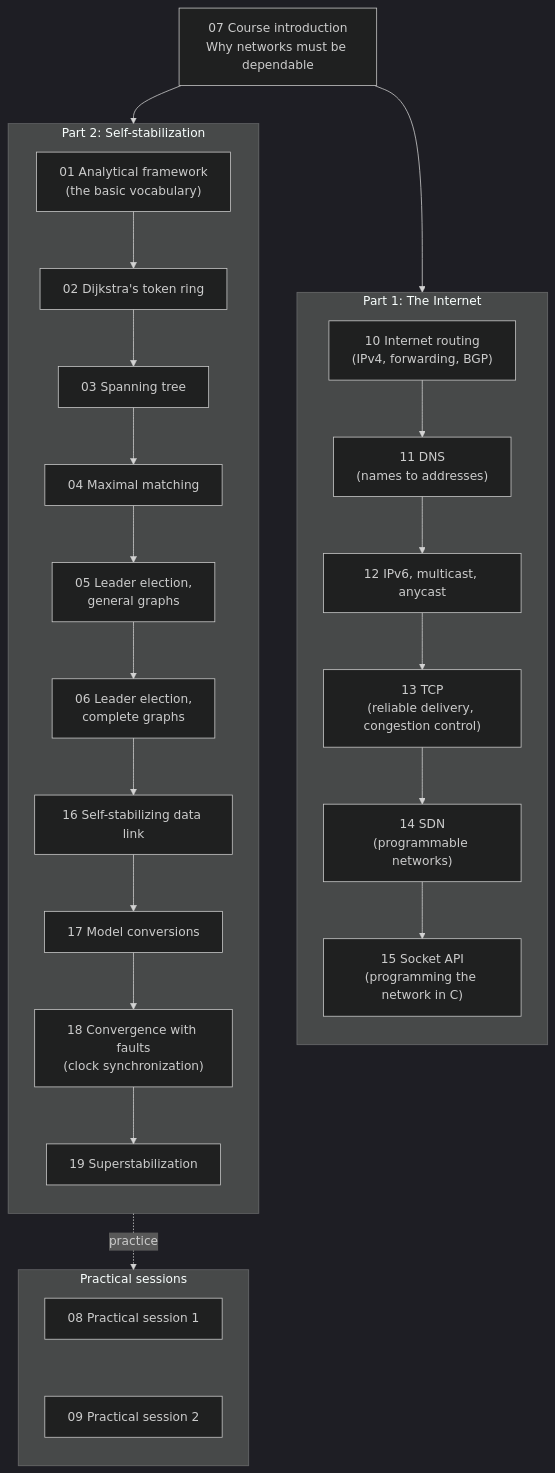
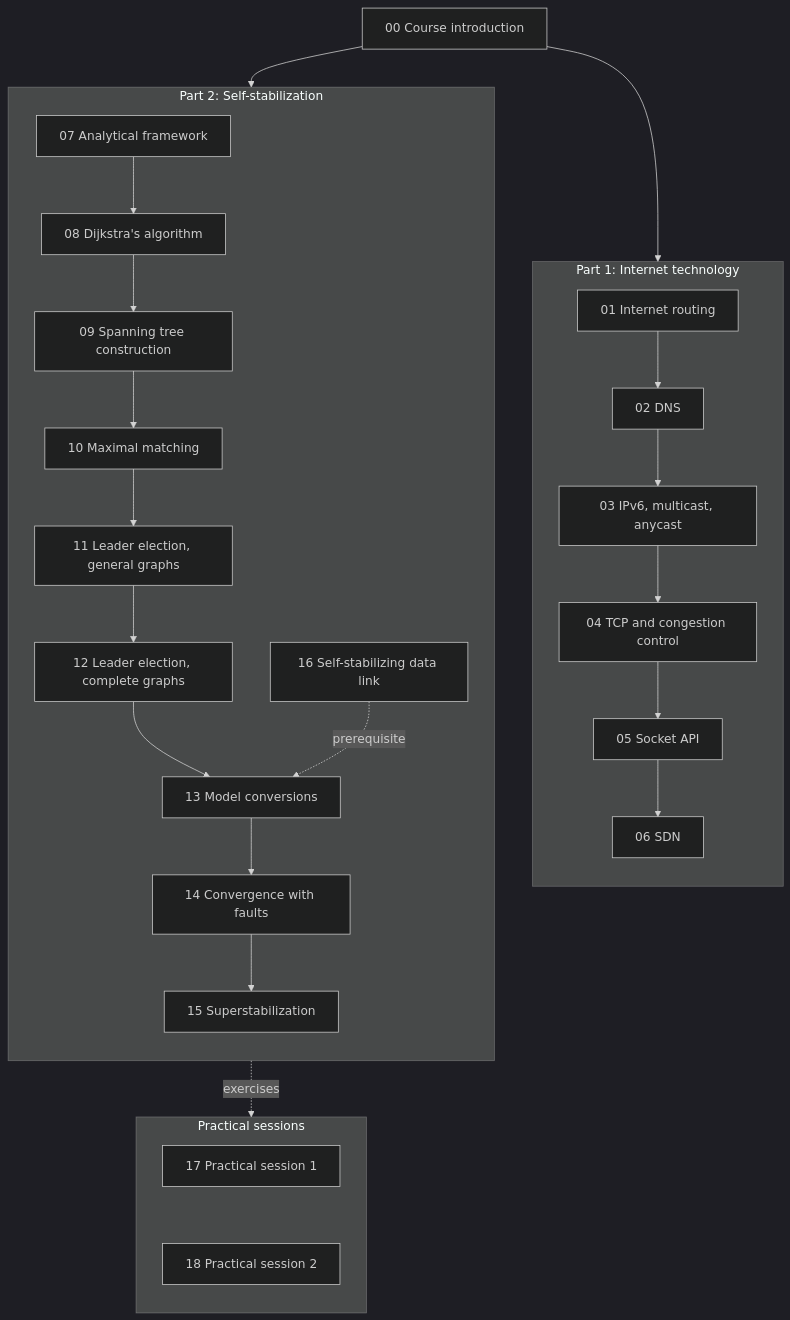
The diagram in EDA387-Computer-Networks/README.md (FahimMashroor/Chalmers_CSC), drawn with Mermaid (dark theme) before and after one commit. The commit also changed other lines of this file and 19 other files, not shown here.

````diff
--- a/EDA387-Computer-Networks/README.md
+++ b/EDA387-Computer-Networks/README.md
@@ -28,35 +24,35 @@
 ```mermaid
 flowchart TB
-    START["07 Course introduction<br/>Why networks must be dependable"]
+    INTRO["00 Course introduction"]
 
-    subgraph NET["Part 1: The Internet"]
+    subgraph NET["Part 1: Internet technology"]
         direction TB
-        R["10 Internet routing<br/>(IPv4, forwarding, BGP)"] --> D["11 DNS<br/>(names to addresses)"]
-        D --> V6["12 IPv6, multicast, anycast"]
-        V6 --> T["13 TCP<br/>(reliable delivery, congestion control)"]
-        T --> SDN["14 SDN<br/>(programmable networks)"]
-        SDN --> SOCK["15 Socket API<br/>(programming the network in C)"]
+        R["01 Internet routing"] --> D["02 DNS"]
+        D --> V6["03 IPv6, multicast, anycast"]
+        V6 --> T["04 TCP and congestion control"]
+        T --> SOCK["05 Socket API"]
+        SOCK --> SDN["06 SDN"]
     end
 
     subgraph SS["Part 2: Self-stabilization"]
         direction TB
-        AF["01 Analytical framework<br/>(the basic vocabulary)"] --> DJ["02 Dijkstra's token ring"]
-        DJ --> ST["03 Spanning tree"]
-        ST --> MM["04 Maximal matching"]
-        MM --> LG["05 Leader election,<br/>general graphs"]
-        LG --> LC["06 Leader election,<br/>complete graphs"]
-        LC --> DL["16 Self-stabilizing data link"]
-        DL --> MC["17 Model conversions"]
-        MC --> CF["18 Convergence with faults<br/>(clock synchronization)"]
-        CF --> SU["19 Superstabilization"]
+        AF["07 Analytical framework"] --> DJ["08 Dijkstra's algorithm"]
+        DJ --> ST["09 Spanning tree construction"]
+        ST --> MM["10 Maximal matching"]
+        MM --> LG["11 Leader election, general graphs"]
+        LG --> LC["12 Leader election, complete graphs"]
+        LC --> MC["13 Model conversions"]
+        MC --> CF["14 Convergence with faults"]
+        CF --> SU["15 Superstabilization"]
+        DL["16 Self-stabilizing data link"] -. "prerequisite" .-> MC
     end
 
     subgraph PR["Practical sessions"]
         direction TB
-        P1["08 Practical session 1"] ~~~ P2["09 Practical session 2"]
+        P1["17 Practical session 1"] ~~~ P2["18 Practical session 2"]
     end
 
-    START --> NET
-    START --> SS
-    SS -. "practice" .-> PR
+    INTRO --> NET
+    INTRO --> SS
+    SS -. "exercises" .-> PR
 ```
````
